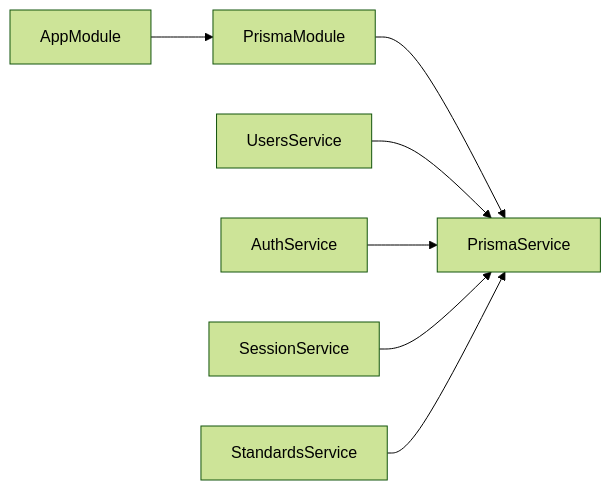
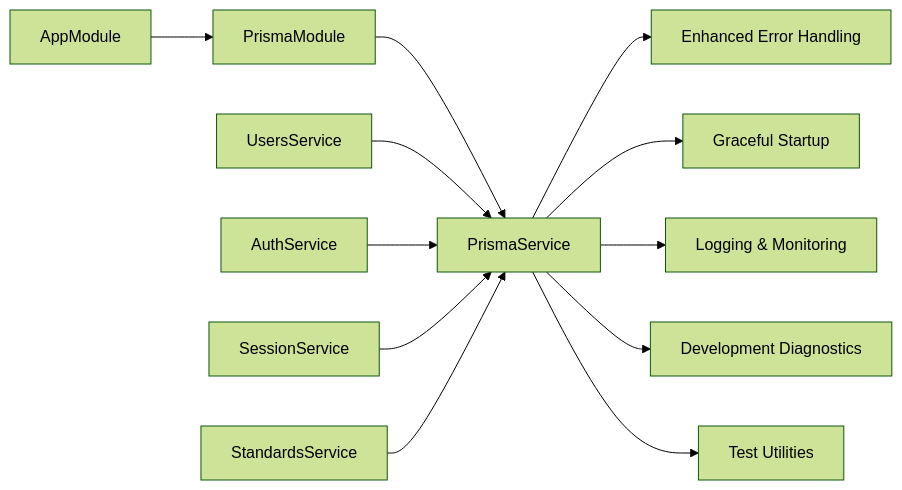
Before and after one commit to Avi-Bendetsky/Quiz-to-build: the fourth of 7 diagrams in .qoder/repowiki/en/content/Shared Libraries/Database Library.md, drawn with Mermaid (forest theme). The commit also changed other lines of this file and 41 other files, not shown here.

````diff
--- a/.qoder/repowiki/en/content/Shared Libraries/Database Library.md
+++ b/.qoder/repowiki/en/content/Shared Libraries/Database Library.md
@@ -181,9 +224,14 @@
 ```mermaid
 graph LR
 PM["PrismaModule"] --> PS["PrismaService"]
 AM["AppModule"] --> PM
 US["UsersService"] --> PS
 AS["AuthService"] --> PS
 SS["SessionService"] --> PS
 SDS["StandardsService"] --> PS
+PS --> ERR["Enhanced Error Handling"]
+PS --> GRACE["Graceful Startup"]
+PS --> LOG["Logging & Monitoring"]
+PS --> DEV["Development Diagnostics"]
+PS --> TEST["Test Utilities"]
 ```
````
